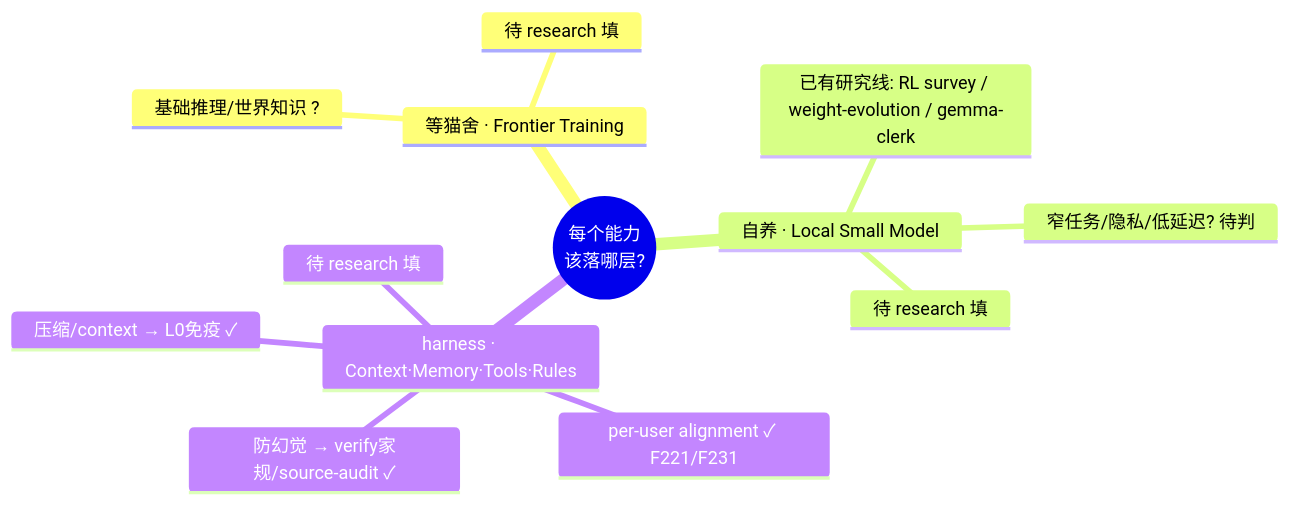
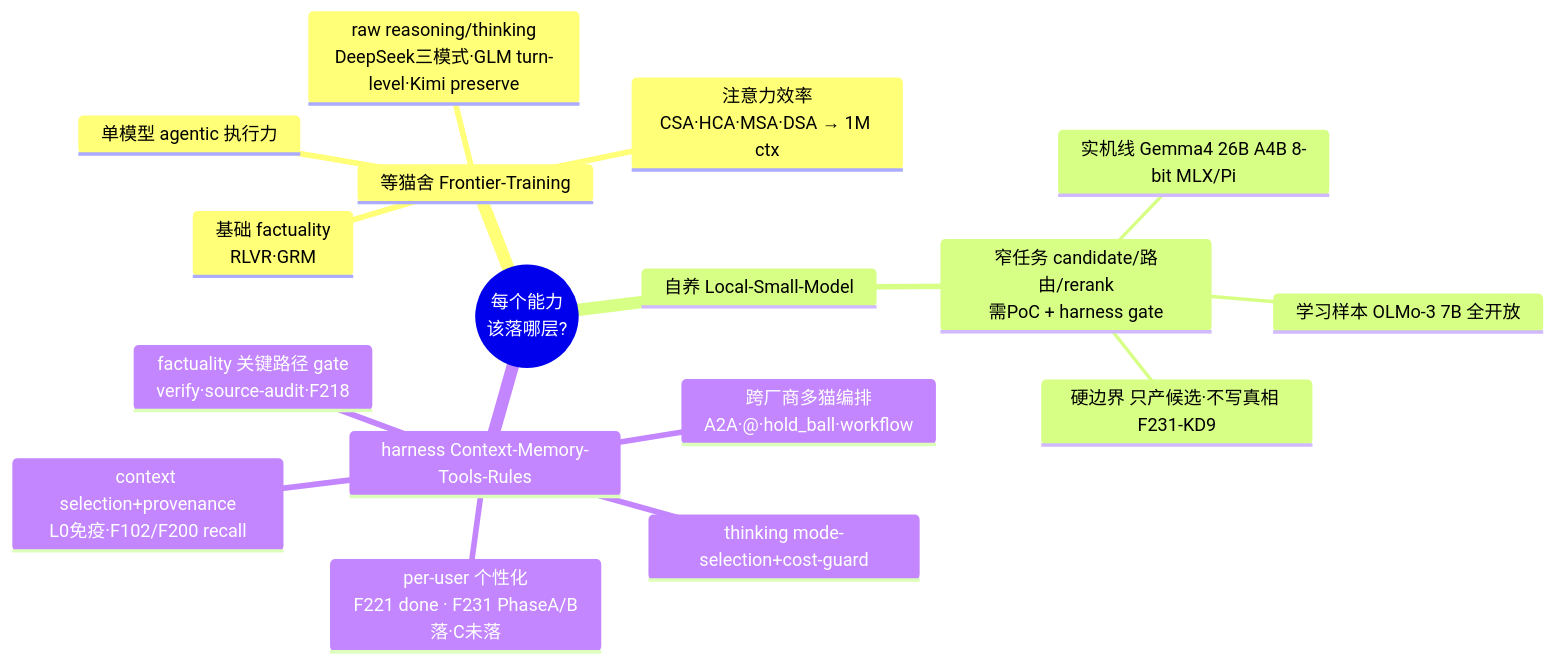
The diagram in docs/research/2026-06-14-llm-mechanisms-cat-cafe/mind-map.md (Moya-Gao/clowder-ai), drawn with Mermaid before and after one commit. The commit also changed other lines of this file and 1 other file, not shown here.

Commit message:
docs(study): 填实 mind-map + learning-guide 第一节(实证版) — §B 收尾交付
基于砚砚校准后的 layer-allocation：
- mind-map 填实：6 机制按层分布(混合机制拆两半) + 迁移信号表 + 一句话总览(护城河在控制面)
- learning-guide 第一节升级为实证版：Round 2 一手证据(EWC/unlearning/RAG延迟)已填，F231 状态校准(Phase A/B落·C未落)，可直接跑给铲屎官
study 核心交付齐：layer-allocation(决策) + mind-map(地图) + learning-guide(互动课)

````diff
--- a/docs/research/2026-06-14-llm-mechanisms-cat-cafe/mind-map.md
+++ b/docs/research/2026-06-14-llm-mechanisms-cat-cafe/mind-map.md
@@ -15,16 +15,20 @@
 ```mermaid
 mindmap
   root((每个能力<br/>该落哪层?))
-    等猫舍 · Frontier Training
-      基础推理/世界知识 ?
-      待 research 填
-    自养 · Local Small Model
-      已有研究线: RL survey / weight-evolution / gemma-clerk
-      窄任务/隐私/低延迟? 待判
-      待 research 填
-    harness · Context·Memory·Tools·Rules
-      per-user alignment ✓ F221/F231
-      防幻觉 → verify家规/source-audit ✓
-      压缩/context → L0免疫 ✓
-      待 research 填
+    等猫舍 Frontier-Training
+      raw reasoning/thinking<br/>DeepSeek三模式·GLM turn-level·Kimi preserve
+      注意力效率<br/>CSA·HCA·MSA·DSA → 1M ctx
+      单模型 agentic 执行力
+      基础 factuality<br/>RLVR·GRM
+    自养 Local-Small-Model
+      窄任务 candidate/路由/rerank<br/>需PoC + harness gate
+        实机线 Gemma4 26B A4B 8-bit MLX/Pi
+        学习样本 OLMo-3 7B 全开放
+        硬边界 只产候选·不写真相 F231-KD9
+    harness Context-Memory-Tools-Rules
+      per-user 个性化<br/>F221 done · F231 PhaseA/B落·C未落
+      context selection+provenance<br/>L0免疫·F102/F200 recall
+      跨厂商多猫编排<br/>A2A·@·hold_ball·workflow
+      factuality 关键路径 gate<br/>verify·source-audit·F218
+      thinking mode-selection+cost-guard
 ```
````
